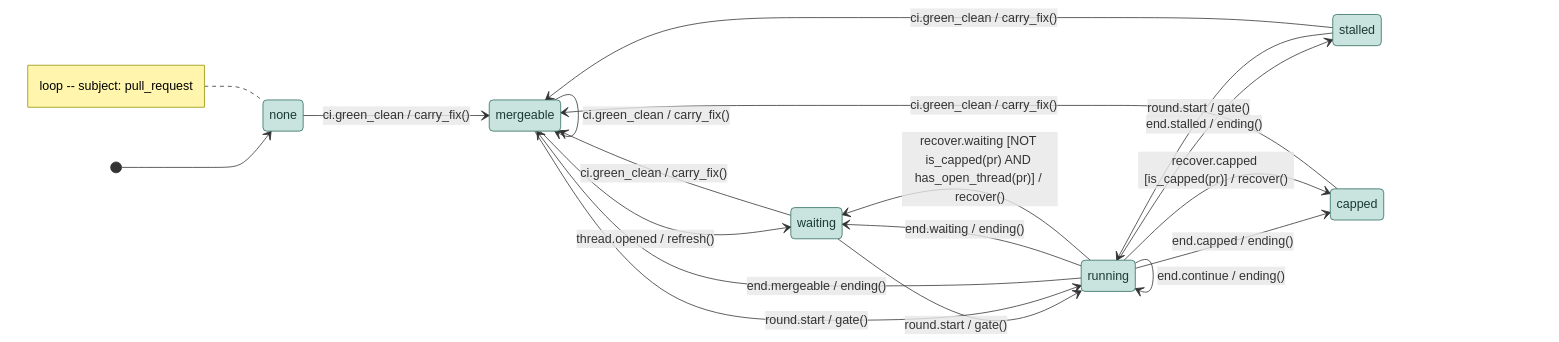
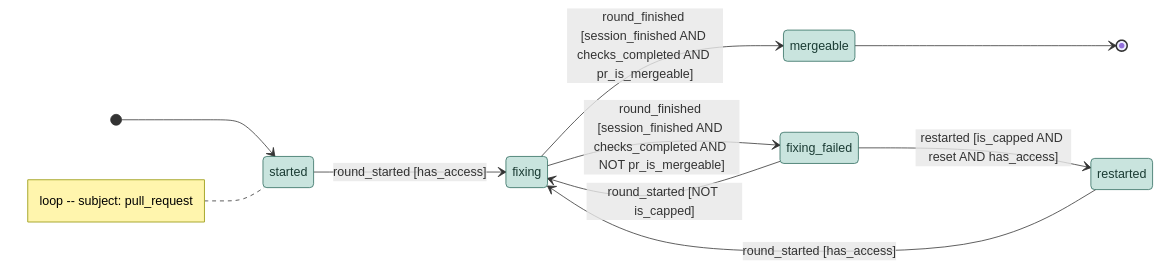
One commit to kostiantyn-matsebora/agent-ops-operator changed the diagram in .github/conveyor-model/mermaid/loop.mmd. Above: the diagram before and after it, drawn with Mermaid. The commit also changed 17 other files, not shown here.

```diff
--- a/.github/conveyor-model/mermaid/loop.mmd
+++ b/.github/conveyor-model/mermaid/loop.mmd
@@ -1,31 +1,21 @@
 stateDiagram-v2
     direction LR
-    [*] --> none
-    note left of none
+    [*] --> started
+    note left of started
         loop  --  subject: pull_request
     end note
     classDef stationState fill:#e8d5b5,stroke:#8a6d3b,color:#4a3b1f
     classDef loopState fill:#c9e4de,stroke:#2f6b5e,color:#1a3b33
-    state none
-    state running
-    state waiting
-    state stalled
-    state capped
+    state started
+    state fixing
     state mergeable
-    none --> mergeable : ci.green_clean / carry_fix()
-    running --> running : end.continue / ending()
-    running --> mergeable : end.mergeable / ending()
-    running --> waiting : end.waiting / ending()
-    running --> stalled : end.stalled / ending()
-    running --> capped : end.capped / ending()
-    running --> waiting : recover.waiting [NOT is_capped(pr) AND has_open_thread(pr)] / recover()
-    running --> capped : recover.capped [is_capped(pr)] / recover()
-    waiting --> running : round.start / gate()
-    waiting --> mergeable : ci.green_clean / carry_fix()
-    stalled --> running : round.start / gate()
-    stalled --> mergeable : ci.green_clean / carry_fix()
-    capped --> mergeable : ci.green_clean / carry_fix()
-    mergeable --> mergeable : ci.green_clean / carry_fix()
-    mergeable --> waiting : thread.opened / refresh()
-    mergeable --> running : round.start / gate()
-    class none, running, waiting, stalled, capped, mergeable loopState
+    state fixing_failed
+    state restarted
+    started --> fixing : round_started [has_access]
+    fixing --> mergeable : round_finished [session_finished AND checks_completed AND pr_is_mergeable]
+    fixing --> fixing_failed : round_finished [session_finished AND checks_completed AND NOT pr_is_mergeable]
+    fixing_failed --> fixing : round_started [NOT is_capped]
+    fixing_failed --> restarted : restarted [is_capped AND reset AND has_access]
+    restarted --> fixing : round_started [has_access]
+    mergeable --> [*]
+    class started, fixing, mergeable, fixing_failed, restarted loopState
```
